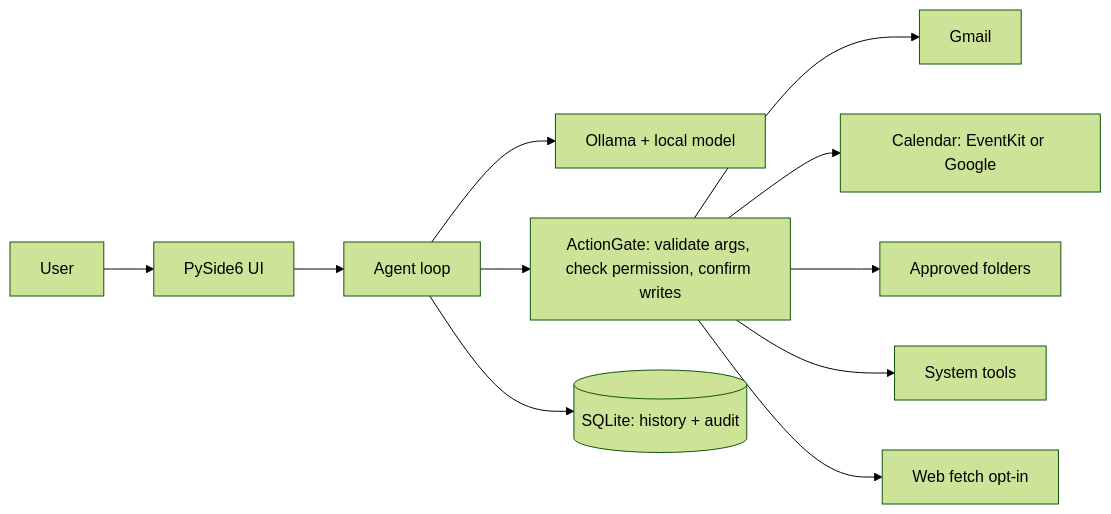
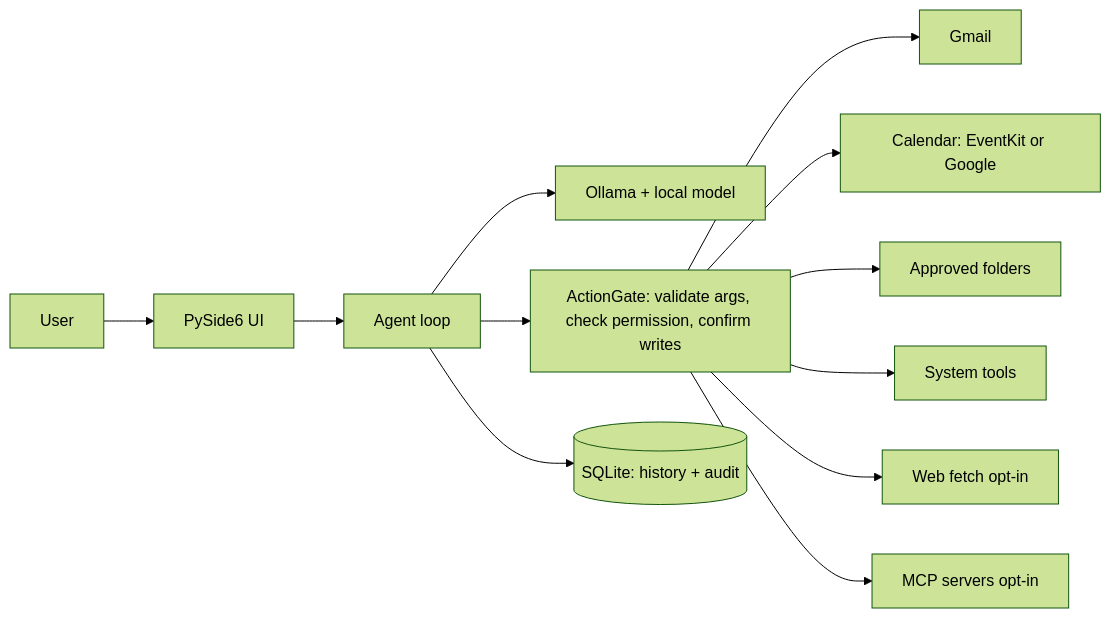
The diagram in README.md (MdAhbab/hearth), drawn with Mermaid (forest theme) before and after one commit. The commit also changed other lines of this file and 5 other files, not shown here.

````diff
--- a/README.md
+++ b/README.md
@@ -135,13 +150,14 @@
 ```mermaid
 flowchart LR
     User --> UI[PySide6 UI]
     UI --> Agent[Agent loop]
     Agent --> Provider[Ollama + local model]
     Agent --> Gate[ActionGate: validate args, check permission, confirm writes]
     Gate --> Gmail[Gmail]
     Gate --> Cal[Calendar: EventKit or Google]
     Gate --> Files[Approved folders]
     Gate --> Sys[System tools]
     Gate --> Web[Web fetch opt-in]
+    Gate --> MCP[MCP servers opt-in]
     Agent --> DB[(SQLite: history + audit)]
 ```
````
